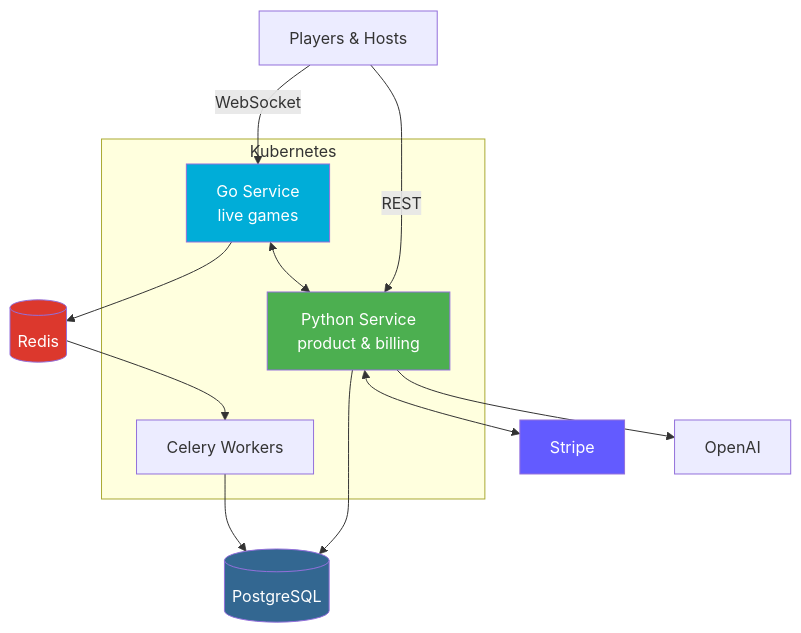
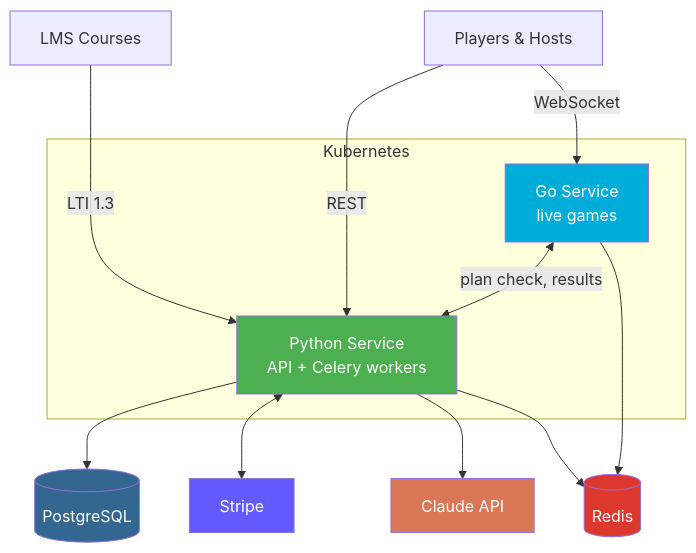
The diagram in content/projects/work-projects/quizship.md (rayen-dhmaied/portfolio), drawn with Mermaid before and after one commit. The commit also changed other lines of this file, not shown here.

````diff
--- a/content/projects/work-projects/quizship.md
+++ b/content/projects/work-projects/quizship.md
@@ -37,24 +37,28 @@
 ```mermaid
-graph TD
-    U["Players & Hosts"] -->|REST| PY
-    U -->|WebSocket| GO
+flowchart TB
+    LMS["LMS Courses"]
+    U["Players & Hosts"]
 
     subgraph K8S ["Kubernetes"]
-        GO[Go Service<br/>live games] <--> PY[Python Service<br/>product & billing]
-        CW[Celery Workers]
+        PY["Python Service<br/>API + Celery workers"]
+        GO["Go Service<br/>live games"]
     end
 
-    GO --> RD[(Redis)]
-    RD --> CW
+    LMS --->|LTI 1.3| PY
+    U -->|REST| PY
+    U -->|WebSocket| GO
+    GO <-->|plan check, results| PY
+
     PY --> PG[(PostgreSQL)]
-    CW --> PG
-
     PY <--> ST[Stripe]
-    PY --> OAI[OpenAI]
+    PY --> CL[Claude API]
+    PY --> RD[(Redis)]
+    GO ---> RD
 
     style PY fill:#4CAF50,color:#fff
     style GO fill:#00ADD8,color:#fff
     style RD fill:#DC382D,color:#fff
     style PG fill:#336791,color:#fff
     style ST fill:#635BFF,color:#fff
+    style CL fill:#D97757,color:#fff
 ```
````
